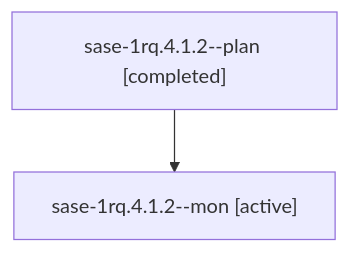
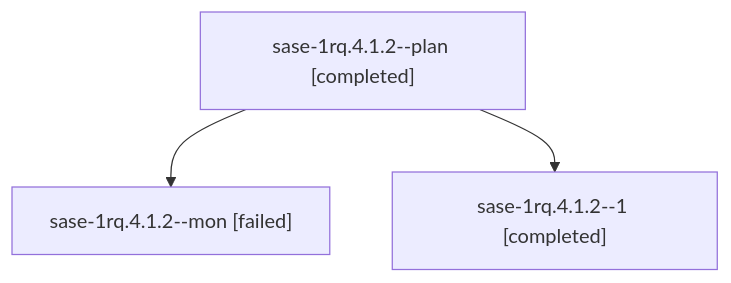
One commit to sase-org/sase--agents changed the diagram in sessions/bbugyi200.athena.sase-1rq.4.1.2.md. Above: the diagram before and after it, drawn with Mermaid. The commit also changed other lines of this file and 91 other files, not shown here.

````diff
--- a/sessions/bbugyi200.athena.sase-1rq.4.1.2.md
+++ b/sessions/bbugyi200.athena.sase-1rq.4.1.2.md
@@ -9,6 +9,8 @@
 ```mermaid
 flowchart TD
   n0["sase-1rq.4.1.2--plan [completed]"]
-  n1["sase-1rq.4.1.2--mon [active]"]
+  n1["sase-1rq.4.1.2--mon [failed]"]
   n0 --> n1
+  n2["sase-1rq.4.1.2--1 [completed]"]
+  n0 --> n2
 ```
````
